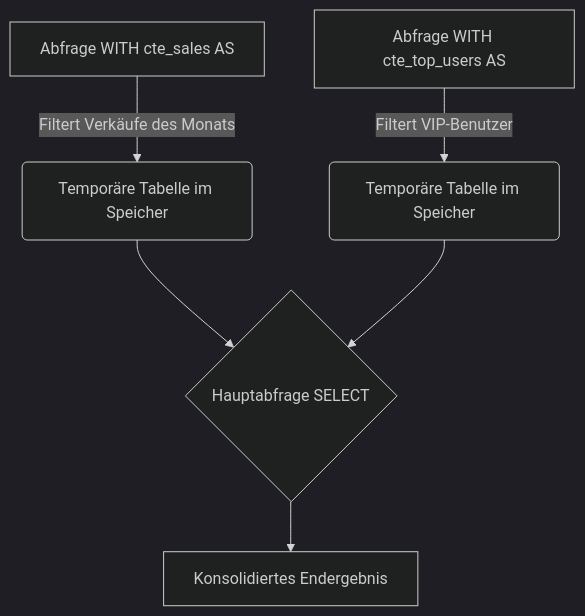
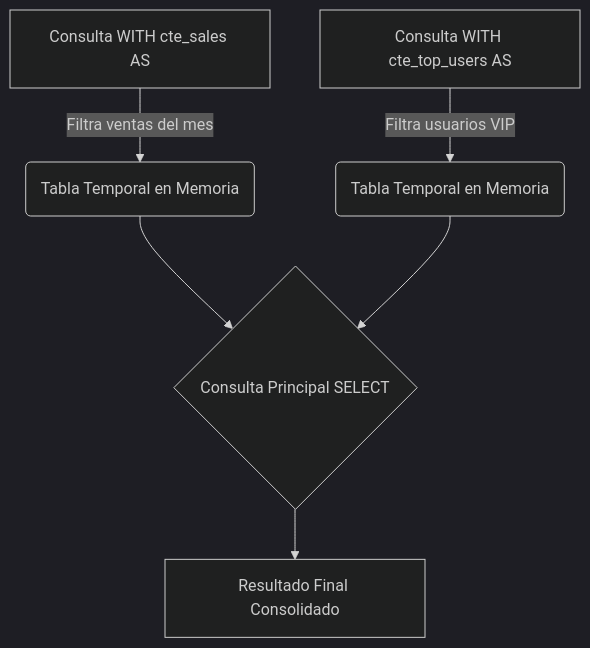
The first of 3 diagrams in public/docs/de/postgres_medio.md (gjpierp/nmergeia), drawn with Mermaid (dark theme) before and after one commit. The commit also changed other lines of this file and 518 other files, not shown here.

````diff
--- a/public/docs/de/postgres_medio.md
+++ b/public/docs/de/postgres_medio.md
@@ -11,8 +11,8 @@
 ```mermaid
 flowchart TD
-    A[Abfrage WITH cte_sales AS] -->|Filtert Verkäufe des Monats| B(Temporäre Tabelle im Speicher)
-    C[Abfrage WITH cte_top_users AS] -->|Filtert VIP-Benutzer| D(Temporäre Tabelle im Speicher)
-    B --> E{Hauptabfrage SELECT}
+    A[Consulta WITH cte_sales AS] -->|Filtra ventas del mes| B(Tabla Temporal en Memoria)
+    C[Consulta WITH cte_top_users AS] -->|Filtra usuarios VIP| D(Tabla Temporal en Memoria)
+    B --> E{Consulta Principal SELECT}
     D --> E
-    E --> F[Konsolidiertes Endergebnis]
+    E --> F[Resultado Final Consolidado]
 ```
````
